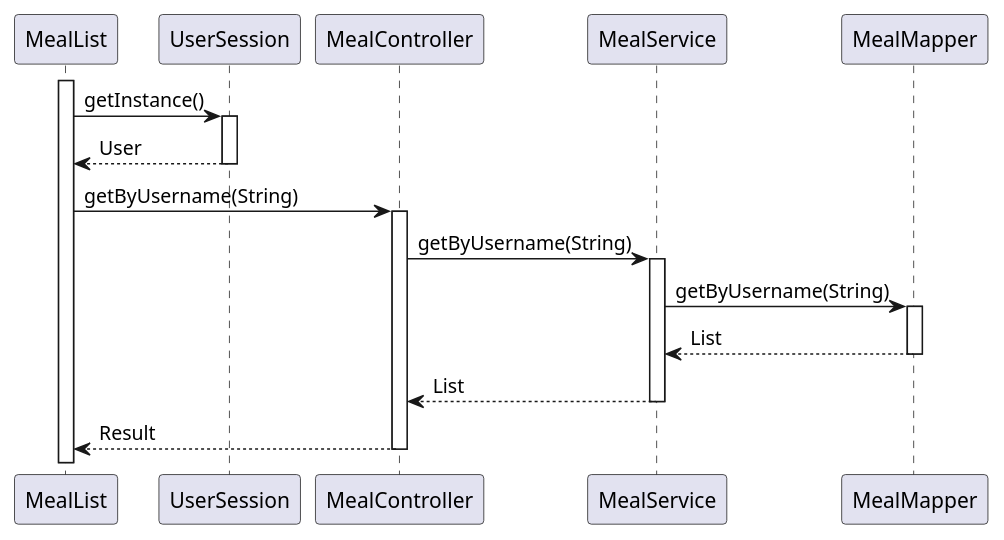
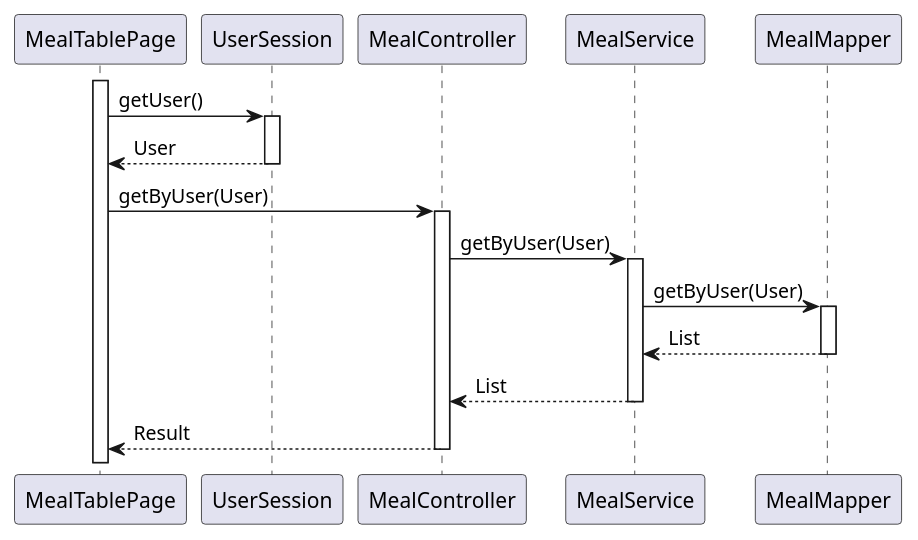
The diagram in doc/seq/getMeal.puml (leidZhang/Nutrifit), drawn with PlantUML before and after one commit. The commit also changed 35 other files, not shown here.

Commit message:
sequence diagrams

```diff
--- a/doc/seq/getMeal.puml
+++ b/doc/seq/getMeal.puml
@@ -1,25 +1,25 @@
 @startuml
-activate MealList
-MealList -> UserSession: getInstance()
+activate MealTablePage
+MealTablePage -> UserSession: getUser()
 activate UserSession
-UserSession --> MealList: User
+UserSession --> MealTablePage: User
 deactivate UserSession
 
-MealList -> MealController: getByUsername(String)
+MealTablePage -> MealController: getByUser(User)
 activate MealController
 
-MealController -> MealService: getByUsername(String)
+MealController -> MealService: getByUser(User)
 activate MealService
 
-MealService -> MealMapper: getByUsername(String)
+MealService -> MealMapper: getByUser(User)
 activate MealMapper
 
 MealMapper --> MealService: List
 deactivate MealMapper
 
 MealService --> MealController: List
 deactivate MealService
 
-MealController --> MealList: Result
+MealController --> MealTablePage: Result
 deactivate MealController
 @enduml
```
